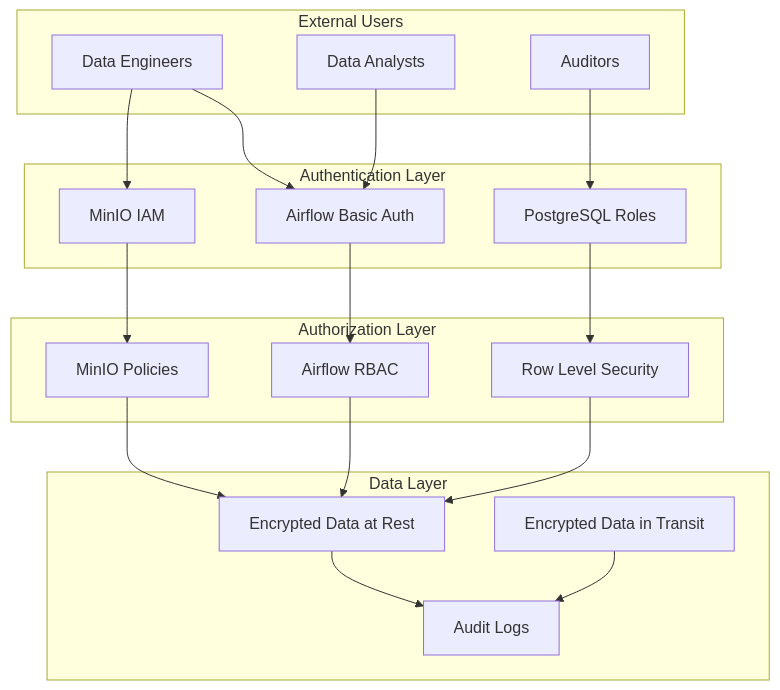
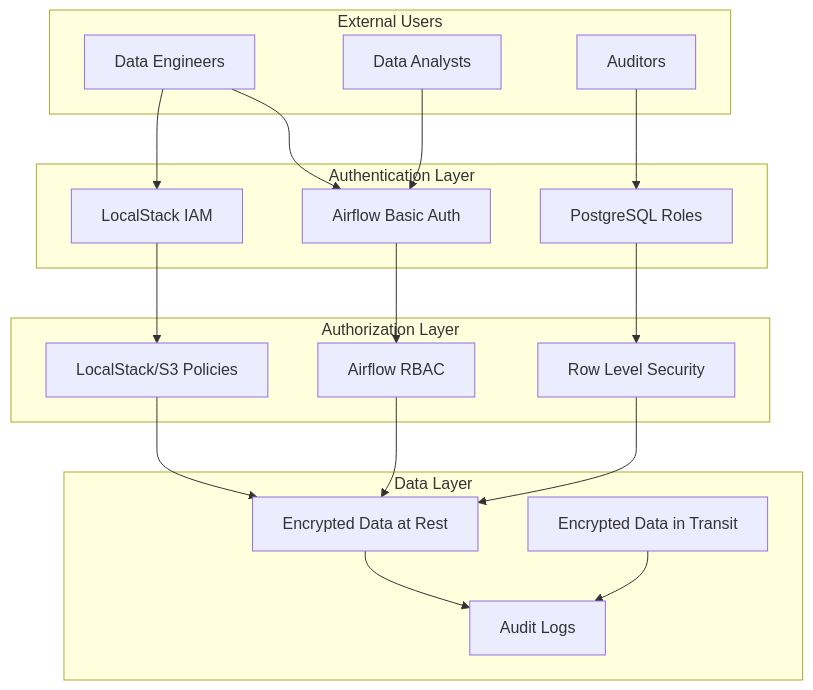
Diagram 11 of 12 in ARCHITECTURE.md (zmadni/medflow-analytics), drawn with Mermaid before and after one commit. The commit also changed other lines of this file and 1 other file, not shown here.

Commit message:
Migrate from MinIO to LocalStack for S3 storage

````diff
--- a/ARCHITECTURE.md
+++ b/ARCHITECTURE.md
@@ -623,39 +620,39 @@
 ```mermaid
 graph TB
     subgraph "External Users"
         U1[Data Engineers]
         U2[Data Analysts]
         U3[Auditors]
     end
 
     subgraph "Authentication Layer"
         A1[Airflow Basic Auth]
-        A2[MinIO IAM]
+        A2[LocalStack IAM]
         A3[PostgreSQL Roles]
     end
 
     subgraph "Authorization Layer"
         Z1[Airflow RBAC]
-        Z2[MinIO Policies]
+        Z2[LocalStack/S3 Policies]
         Z3[Row Level Security]
     end
 
     subgraph "Data Layer"
         D1[Encrypted Data at Rest]
         D2[Encrypted Data in Transit]
         D3[Audit Logs]
     end
 
     U1 --> A1
     U1 --> A2
     U2 --> A1
     U3 --> A3
     A1 --> Z1
     A2 --> Z2
     A3 --> Z3
     Z1 --> D1
     Z2 --> D1
     Z3 --> D1
     D1 --> D3
     D2 --> D3
 ```
````
